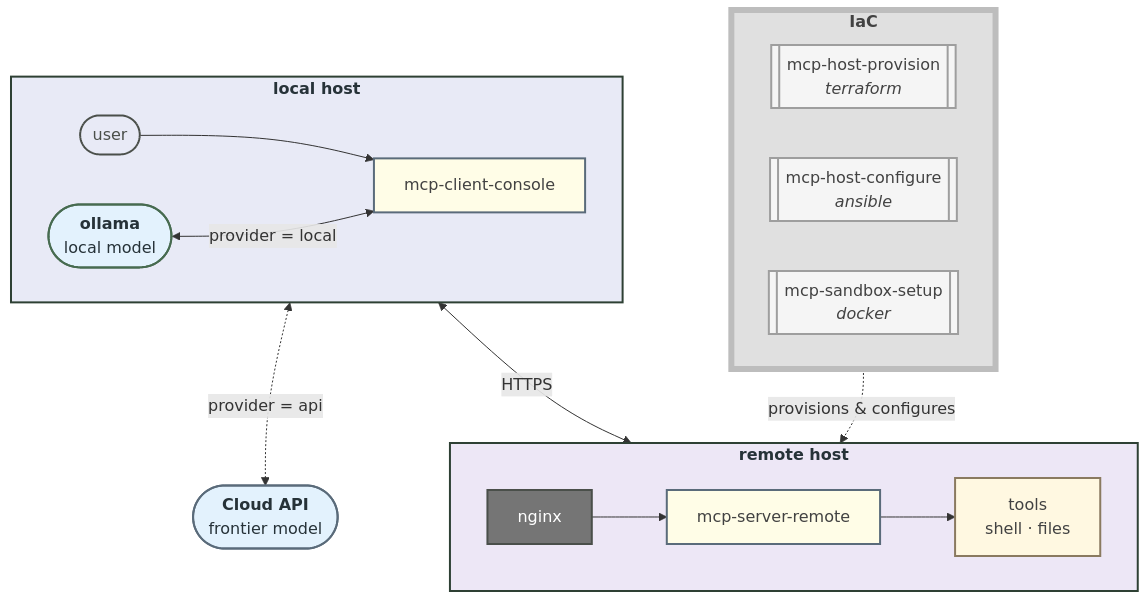
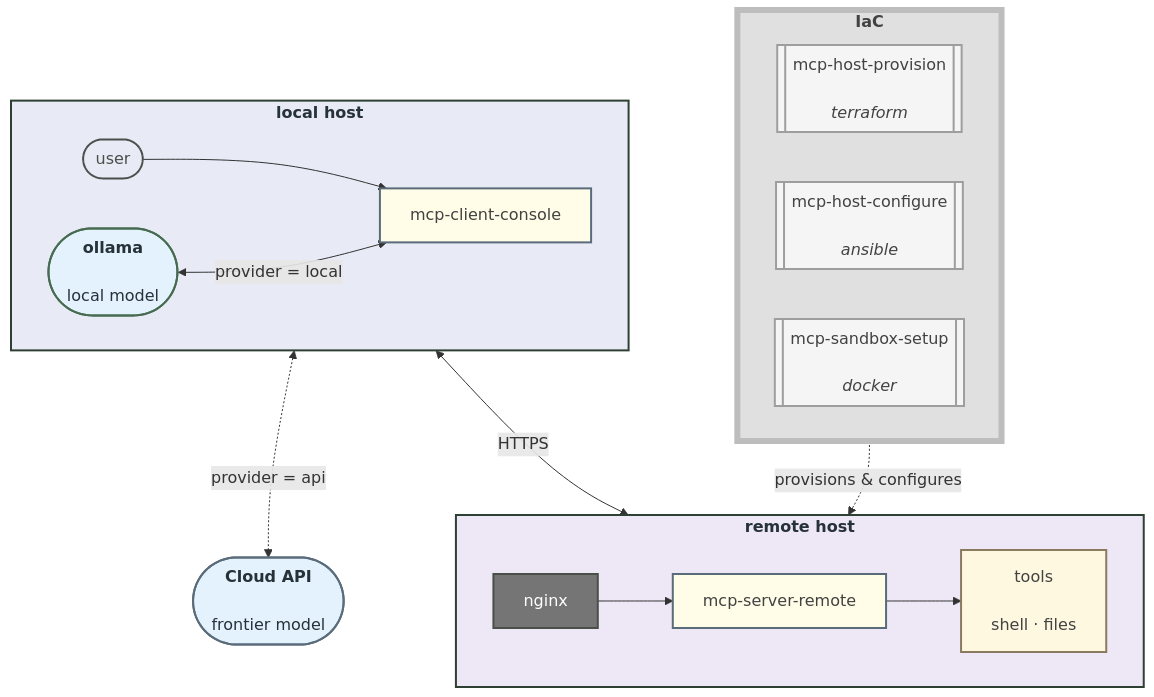
The diagram in README.md (geomux/geomux), drawn with Mermaid before and after one commit.

Commit message:
docs(README.md): updated mermaid flowchart for MCP AI Integration IaC Cloud stack to add addition <br/>.

````diff
--- a/README.md
+++ b/README.md
@@ -15,38 +15,38 @@
 ```mermaid
 flowchart TB
     subgraph IAC["<b>IaC</b>"]
         direction LR
-        P[["mcp-host-provision<br/><i>terraform</i>"]]:::iac
-        CF[["mcp-host-configure<br/><i>ansible</i>"]]:::iac
-        SB[["mcp-sandbox-setup<br/><i>docker</i>"]]:::iac
+        P[["mcp-host-provision<br/><br/><i>terraform</i>"]]:::iac
+        CF[["mcp-host-configure<br/><br/><i>ansible</i>"]]:::iac
+        SB[["mcp-sandbox-setup<br/><br/><i>docker</i>"]]:::iac
     end
 
     subgraph LHOST["<b>local host</b>"]
         direction LR
         U([user]):::me --> C["mcp-client-console"]:::pkg
-        M(["<b>ollama</b><br/>local model"]):::model <-->|provider = local| C
+        M(["<b>ollama</b><br/><br/>local model"]):::model <-->|provider = local| C
     end
 
     subgraph RHOST["<b>remote host</b>"]
         direction LR
-        N["nginx"]:::plumb --> S["mcp-server-remote"]:::pkg --> T["tools<br/>shell · files"]:::tools
+        N["nginx"]:::plumb --> S["mcp-server-remote"]:::pkg --> T["tools<br/><br/>shell · files"]:::tools
     end
 
-    API(["<b>Cloud API</b><br/>frontier model"]):::cloud
+    API(["<b>Cloud API</b><br/><br/>frontier model"]):::cloud
 
     IAC -.->|provisions & configures| RHOST
     C <-->|HTTPS| N
     C <-.->|provider = api| API
 
     classDef me fill:none,stroke:#4A4F4A,stroke-width:2px,color:#4A4F4A
     classDef pkg fill:#FFFDE7,stroke:#5A6B7A,stroke-width:2px,color:#424242
     classDef plumb fill:#757575,stroke:#4A4F4A,stroke-width:2px,color:#FFFFFF
     classDef tools fill:#FFF8E1,stroke:#8A7A60,stroke-width:2px,color:#424242
     classDef iac fill:#F5F5F5,stroke:#9E9E9E,stroke-width:2px,color:#424242
     classDef model fill:#E3F2FD,stroke:#476B50,stroke-width:2px,color:#263238
     classDef cloud fill:#E3F2FD,stroke:#5A6B7A,stroke-width:2px,color:#263238
     style RHOST fill:#EDE7F6,stroke:#2E4034,stroke-width:2px,color:#263238
     style LHOST fill:#E8EAF6,stroke:#2E4034,stroke-width:2px,color:#263238
     style IAC fill:#E0E0E0,stroke:#BDBDBD,stroke-width:6px,color:#424242
 
 ```
````
